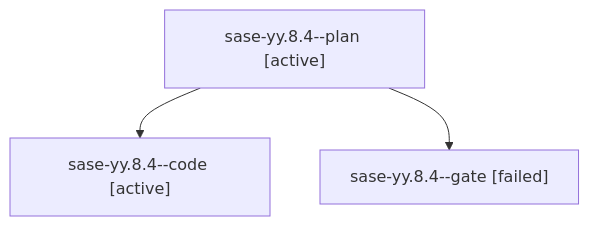
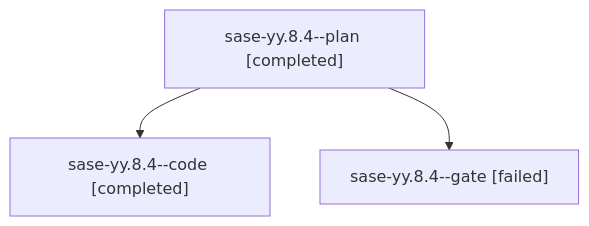
One commit to sase-org/sase--agents changed the diagram in families/bbugyi200.athena.sase-yy.8.4.md. Above: the diagram before and after it, drawn with Mermaid. The commit also changed other lines of this file and 132 other files, not shown here.

````diff
--- a/families/bbugyi200.athena.sase-yy.8.4.md
+++ b/families/bbugyi200.athena.sase-yy.8.4.md
@@ -9,8 +9,8 @@
 ```mermaid
 flowchart TD
-  n0["sase-yy.8.4--plan [active]"]
-  n1["sase-yy.8.4--code [active]"]
+  n0["sase-yy.8.4--plan [completed]"]
+  n1["sase-yy.8.4--code [completed]"]
   n0 --> n1
   n2["sase-yy.8.4--gate [failed]"]
   n0 --> n2
 ```
````
